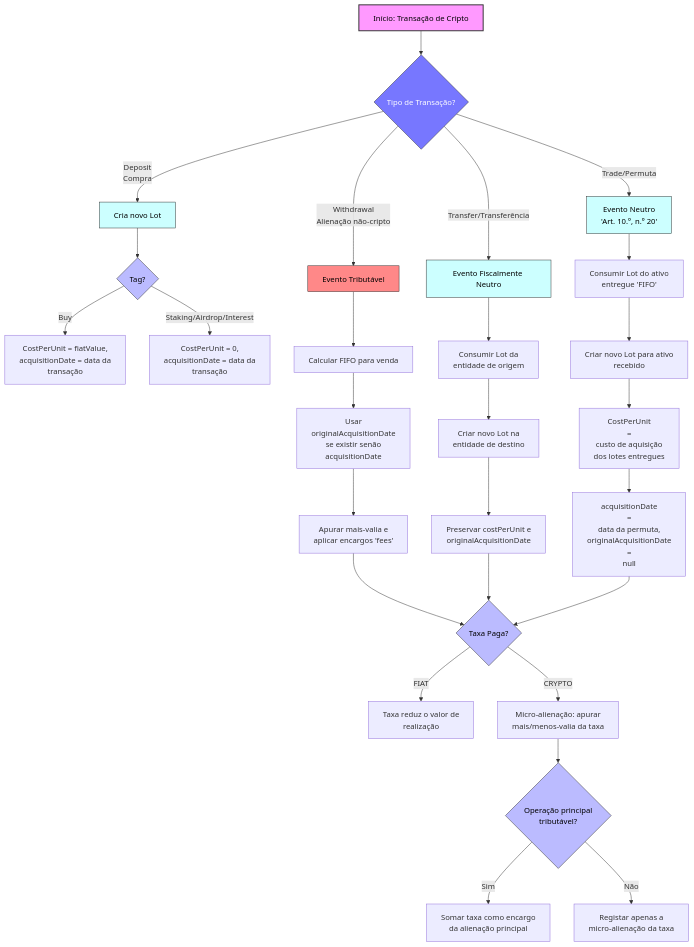
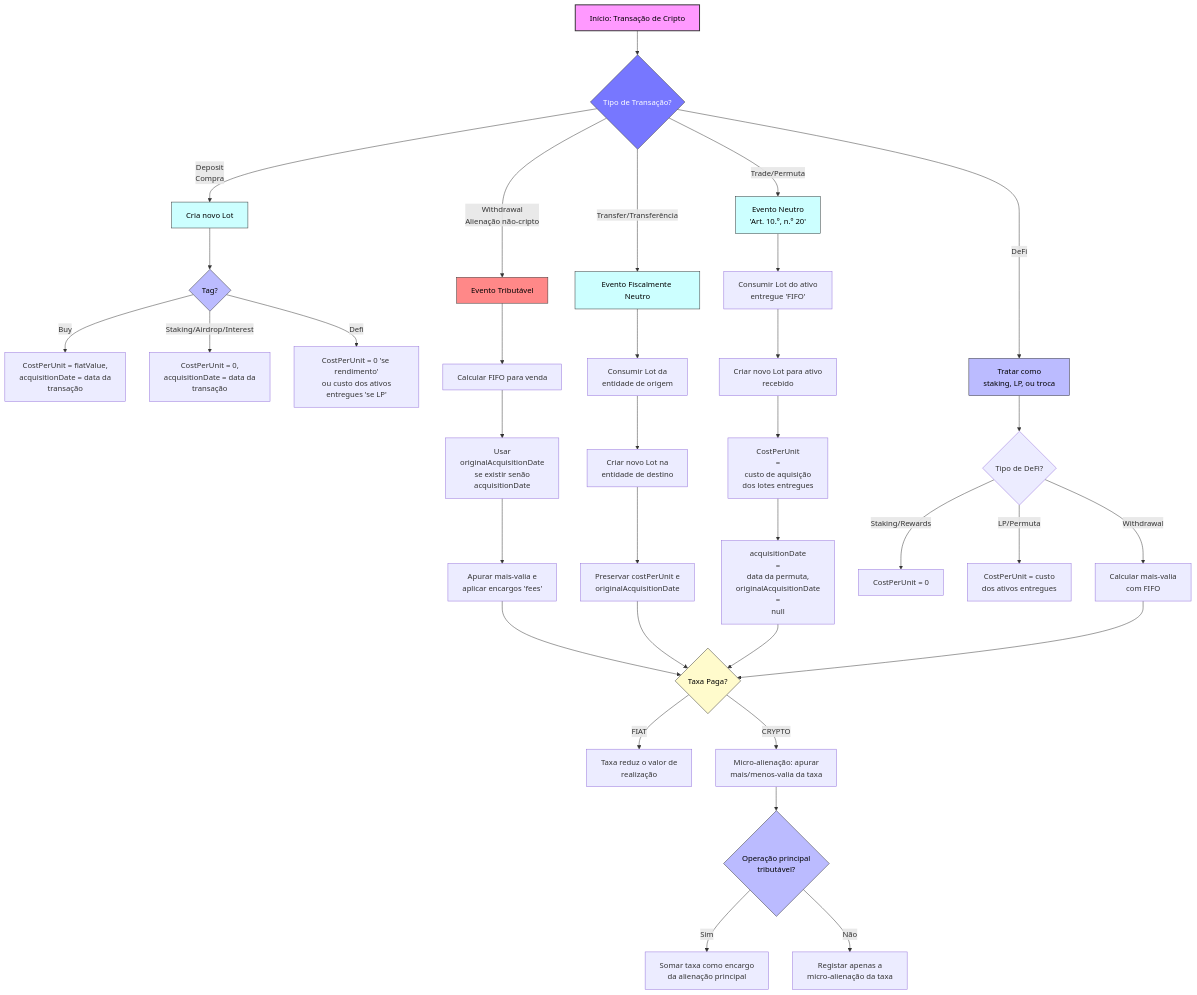
Before and after one commit to marotoweb/declaracriptopt: the diagram in fluxograma.mermaid, drawn with Mermaid. The commit also changed 1 other file, not shown here.

Commit message:
docs: versão 1.2 do algoritmo fiscal para criptoativos em Portugal
- Adicionar secções completas sobre NFT e DeFi, com exemplos práticos para todas as várias transações

```diff
--- a/fluxograma.mermaid
+++ b/fluxograma.mermaid
@@ -1,44 +1,53 @@
 flowchart TD
-    A[Início: Transação de Cripto] --> B{Tipo de Transação?}
+  A[Início: Transação de Cripto] --> B{Tipo de Transação?}
 
-    B -->|Deposit<br>Compra| C[Cria novo Lot]
-    C --> C1{Tag?}
-    C1 -->|Buy| C2[CostPerUnit = fiatValue,<br> acquisitionDate = data da <br>transação]
-    C1 -->|Staking/Airdrop/Interest| C3[CostPerUnit = 0,<br> acquisitionDate = data da<br> transação]
+  B -->|Deposit<br>Compra| C[Cria novo Lot]
+  C --> C1{Tag?}
+  C1 -->|Buy| C2[CostPerUnit = fiatValue,<br> acquisitionDate = data da <br>transação]
+  C1 -->|Staking/Airdrop/Interest| C3[CostPerUnit = 0,<br> acquisitionDate = data da<br> transação]
+  C1 -->|Defi| C4[CostPerUnit = 0 'se rendimento'<br> ou custo dos ativos entregues 'se LP']
 
-    B -->|Withdrawal<br>Alienação não-cripto| D[Evento Tributável]
-    D --> D1[Calcular FIFO para venda]
-    D1 --> D2[Usar<br> originalAcquisitionDate<br>se existir senão<br>acquisitionDate]
-    D2 --> D3[Apurar mais-valia e<br> aplicar encargos 'fees']
+  B -->|Withdrawal<br>Alienação não-cripto| D[Evento Tributável]
+  D --> D1[Calcular FIFO para venda]
+  D1 --> D2[Usar<br> originalAcquisitionDate<br>se existir senão<br>acquisitionDate]
+  D2 --> D3[Apurar mais-valia e<br> aplicar encargos 'fees']
 
-    B -->|Transfer/Transferência| E[Evento Fiscalmente Neutro]
-    E --> E1[Consumir Lot da<br> entidade de origem]
-    E1 --> E2[Criar novo Lot na<br> entidade de destino]
-    E2 --> E3[Preservar costPerUnit e<br> originalAcquisitionDate]
+  B -->|Transfer/Transferência| E[Evento Fiscalmente Neutro]
+  E --> E1[Consumir Lot da<br> entidade de origem]
+  E1 --> E2[Criar novo Lot na<br> entidade de destino]
+  E2 --> E3[Preservar costPerUnit e<br> originalAcquisitionDate]
 
-    B -->|Trade/Permuta| F["Evento Neutro<br> 'Art. 10.º, n.º 20'"]
-    F --> F1[Consumir Lot do ativo<br> entregue 'FIFO']
-    F1 --> F2[Criar novo Lot para ativo<br> recebido]
-    F2 --> F3[CostPerUnit <br>=<br> custo de aquisição<br> dos lotes entregues]
-    F3 --> F4[acquisitionDate <br>=<br> data da permuta,<br> originalAcquisitionDate <br>=<br> null]
+  B -->|Trade/Permuta| F["Evento Neutro<br> 'Art. 10.º, n.º 20'"]
+  F --> F1[Consumir Lot do ativo<br> entregue 'FIFO']
+  F1 --> F2[Criar novo Lot para ativo<br> recebido]
+  F2 --> F3[CostPerUnit <br>=<br> custo de aquisição<br> dos lotes entregues]
+  F3 --> F4[acquisitionDate <br>=<br> data da permuta,<br> originalAcquisitionDate <br>=<br> null]
 
-    %% Taxas
-    D3 --> G{Taxa Paga?}
-    E3 --> G
-    F4 --> G
+  B -->|DeFi| G[Tratar como<br> staking, LP, ou troca]
+  G --> G1{Tipo de DeFi?}
+  G1 -->|Staking/Rewards| G2[CostPerUnit = 0]
+  G1 -->|LP/Permuta| G3[CostPerUnit = custo<br> dos ativos entregues]
+  G1 -->|Withdrawal| G4[Calcular mais-valia<br> com FIFO]
 
-    G -->|FIAT| G1[Taxa reduz o valor de<br> realização]
-    G -->|CRYPTO| G2[Micro-alienação: apurar<br> mais/menos-valia da taxa]
-    G2 --> G3{Operação principal<br> tributável?}
-    G3 -->|Sim| G4[Somar taxa como encargo<br> da alienação principal]
-    G3 -->|Não| G5[Registar apenas a<br> micro-alienação da taxa]
+  %% Taxas
+  D3 --> H{Taxa Paga?}
+  E3 --> H
+  F4 --> H
+  G4 --> H
 
-    style A fill:#f9f,stroke:#333,stroke-width:2px,color:#000
-    style B fill:#77f,stroke:#333,stroke-width:1px,color:#fff
-    style C fill:#cff,stroke:#333,stroke-width:1px,color:#000
-    style D fill:#f88,stroke:#333,stroke-width:1px,color:#000
-    style E fill:#cff,stroke:#333,stroke-width:1px,color:#000
-    style F fill:#cff,stroke:#333,stroke-width:1px,color:#000
-    style G fill:#bbf,stroke:#333,stroke-width:1px,color:#000
-    style C1 fill:#bbf,stroke:#333,stroke-width:1px,color:#000
-    style G3 fill:#bbf,stroke:#333,stroke-width:1px,color:#000
+  H -->|FIAT| H1[Taxa reduz o valor de<br> realização]
+  H -->|CRYPTO| H2[Micro-alienação: apurar<br> mais/menos-valia da taxa]
+  H2 --> H3{Operação principal<br> tributável?}
+  H3 -->|Sim| H4[Somar taxa como encargo<br> da alienação principal]
+  H3 -->|Não| H5[Registar apenas a<br> micro-alienação da taxa]
+
+  style A fill:#f9f,stroke:#333,stroke-width:2px,color:#000
+  style B fill:#77f,stroke:#333,stroke-width:1px,color:#fff
+  style C fill:#cff,stroke:#333,stroke-width:1px,color:#000
+  style D fill:#f88,stroke:#333,stroke-width:1px,color:#000
+  style E fill:#cff,stroke:#333,stroke-width:1px,color:#000
+  style F fill:#cff,stroke:#333,stroke-width:1px,color:#000
+  style G fill:#bbf,stroke:#333,stroke-width:1px,color:#000
+  style H fill:#fffbcc,stroke:#333,stroke-width:1px,color:#000
+  style C1 fill:#bbf,stroke:#333,stroke-width:1px,color:#000
+  style H3 fill:#bbf,stroke:#333,stroke-width:1px,color:#000
```
